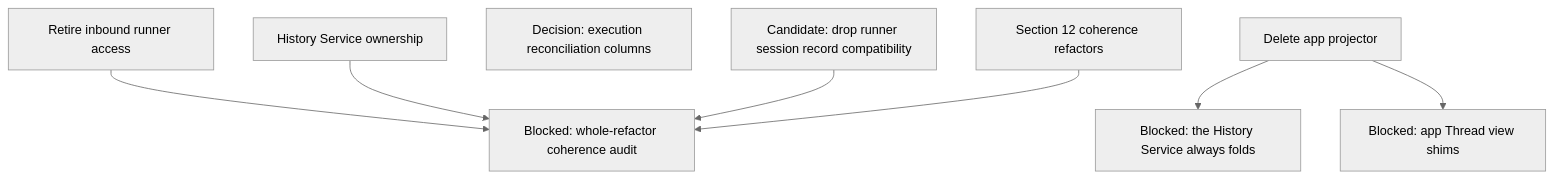
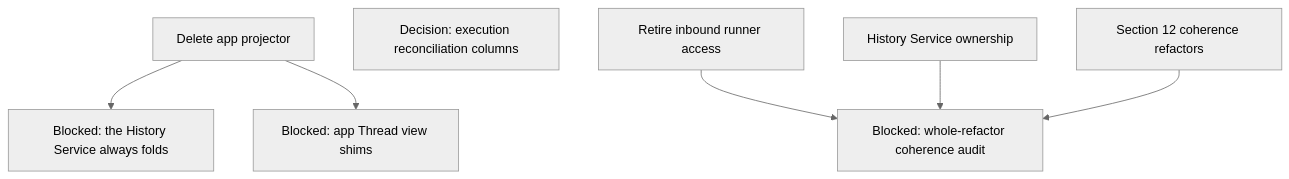
One commit to agentydragon/ducktape changed diagram 11 of 13 in agentplane/plans/task_dag.md. Above: the diagram before and after it, drawn with Mermaid (neutral theme). The commit also changed other lines of this file and 7 other files, not shown here.

````diff
--- a/agentplane/plans/task_dag.md
+++ b/agentplane/plans/task_dag.md
@@ -794,14 +794,12 @@
 ```mermaid
 flowchart TD
     APP_THREAD_VIEW_CLEANUP[Blocked: app Thread view shims]
-    RUNNER_SESSION_RECORD_SHIMS[Candidate: drop runner session record compatibility]
     HISTORY_FOLD_ALWAYS_ON[Blocked: the History Service always folds]
     APP_PROJECTOR_RETIRE[Delete app projector] --> HISTORY_FOLD_ALWAYS_ON
     APP_PROJECTOR_RETIRE --> APP_THREAD_VIEW_CLEANUP
     ACTION_EXECUTION_AUDIT_TRIM[Decision: execution reconciliation columns]
     REFACTOR_COHERENCE_AUDIT[Blocked: whole-refactor coherence audit]
     RUNNER_INBOUND_RETIRE[Retire inbound runner access] --> REFACTOR_COHERENCE_AUDIT
     HISTORY_SERVICE_OWNERSHIP[History Service ownership] --> REFACTOR_COHERENCE_AUDIT
-    RUNNER_SESSION_RECORD_SHIMS --> REFACTOR_COHERENCE_AUDIT
     COHERENCE_REFACTORS[Section 12 coherence refactors] --> REFACTOR_COHERENCE_AUDIT
 ```
````
